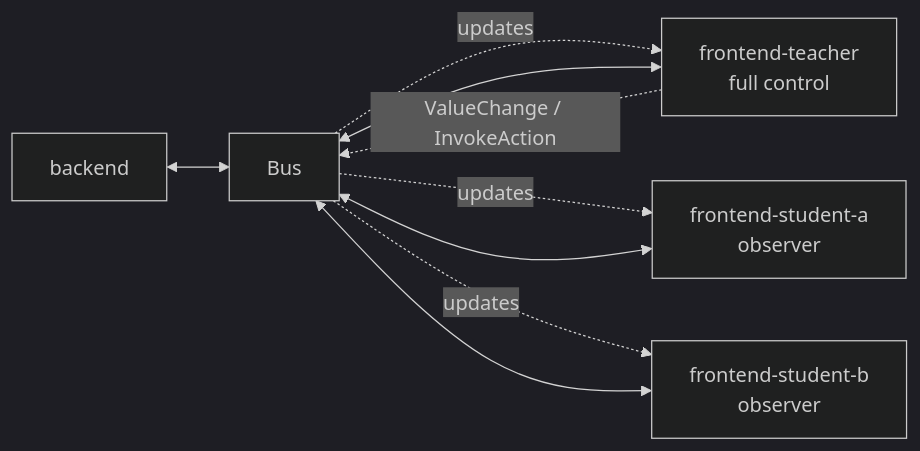
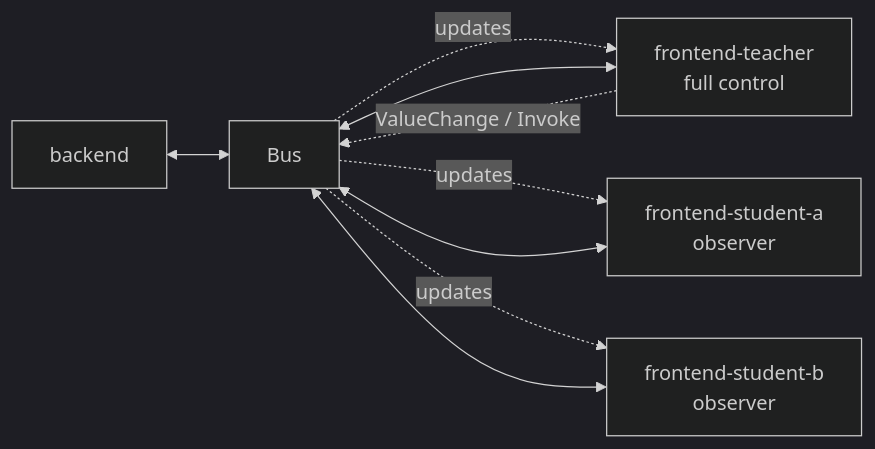
The seventh of 10 diagrams in architecture/design/host-channel-bus-transport.md (orrenravid1/CompNeuroVis), drawn with Mermaid (dark theme) before and after one commit. The commit also changed 22 other files, not shown here.

````diff
--- a/architecture/design/host-channel-bus-transport.md
+++ b/architecture/design/host-channel-bus-transport.md
@@ -254,18 +254,18 @@
 ```mermaid
 flowchart LR
     Backend["backend"]
     Bus["Bus"]
     Teacher["frontend-teacher<br/>full control"]
     StudentA["frontend-student-a<br/>observer"]
     StudentB["frontend-student-b<br/>observer"]
 
     Backend <--> Bus
     Teacher <--> Bus
     StudentA <--> Bus
     StudentB <--> Bus
 
     Bus -. "updates" .-> Teacher
     Bus -. "updates" .-> StudentA
     Bus -. "updates" .-> StudentB
-    Teacher -. "ValueChange / InvokeAction" .-> Bus
+    Teacher -. "ValueChange / Invoke" .-> Bus
 ```
````
